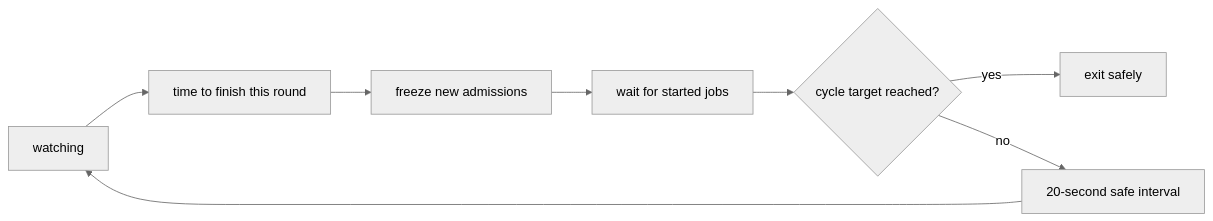
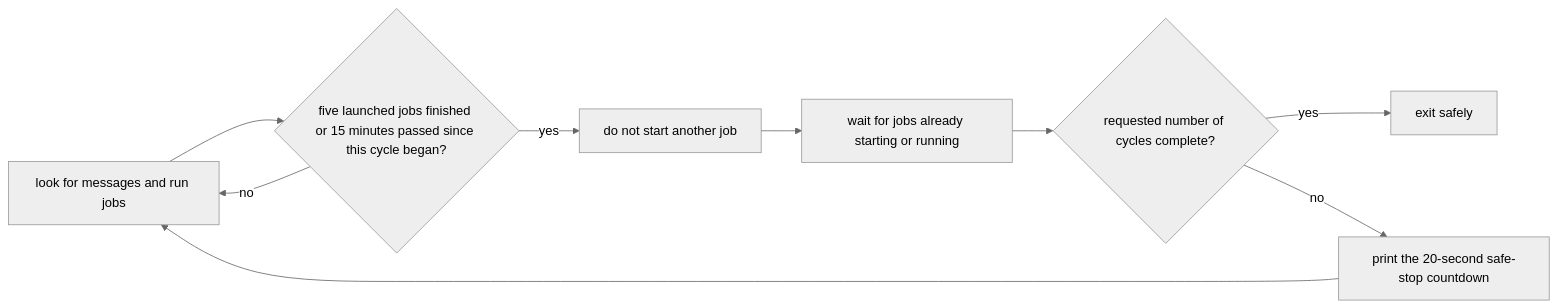
One commit to SBU-COSMOLIKE/emulators_code_v2 changed the fourth of 6 diagrams in ai/README.md. Above: the diagram before and after it, drawn with Mermaid (neutral theme). The commit also changed other lines of this file and 18 other files, not shown here.

````diff
--- a/ai/README.md
+++ b/ai/README.md
@@ -700,10 +771,11 @@
 ```mermaid
 flowchart LR
-  W["watching"] --> R["time to finish this round"]
-  R --> F["freeze new admissions"]
-  F --> D["wait for started jobs"]
-  D --> C{"cycle target reached?"}
+  W["look for messages and run jobs"] --> E{"five launched jobs finished or 15 minutes passed since this cycle began?"}
+  E -->|"no"| W
+  E -->|"yes"| N["do not start another job"]
+  N --> F["wait for jobs already starting or running"]
+  F --> C{"requested number of cycles complete?"}
   C -->|"yes"| X["exit safely"]
-  C -->|"no"| S["20-second safe interval"]
+  C -->|"no"| S["print the 20-second safe-stop countdown"]
   S --> W
 ```
````
